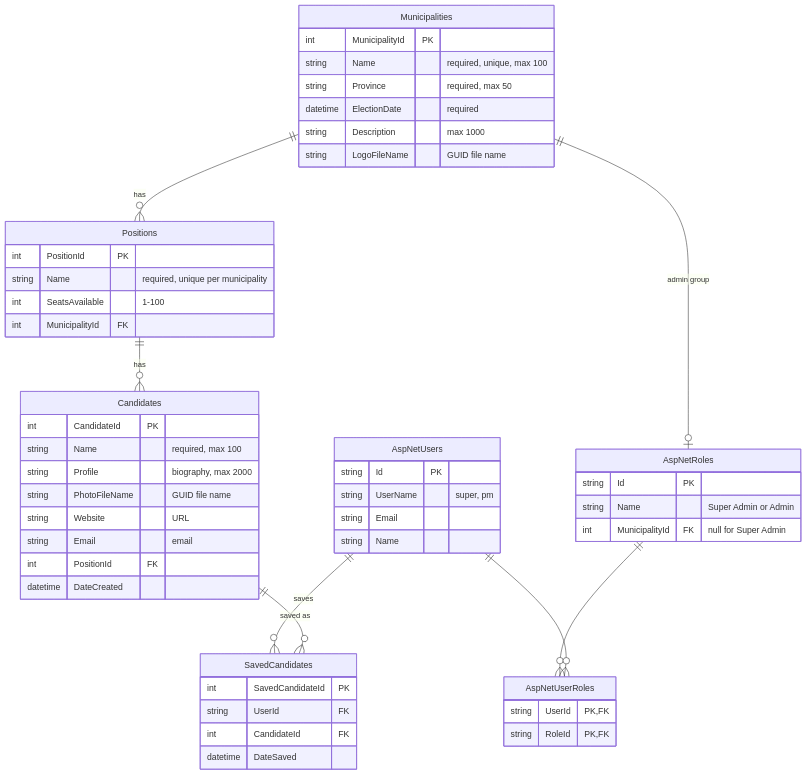
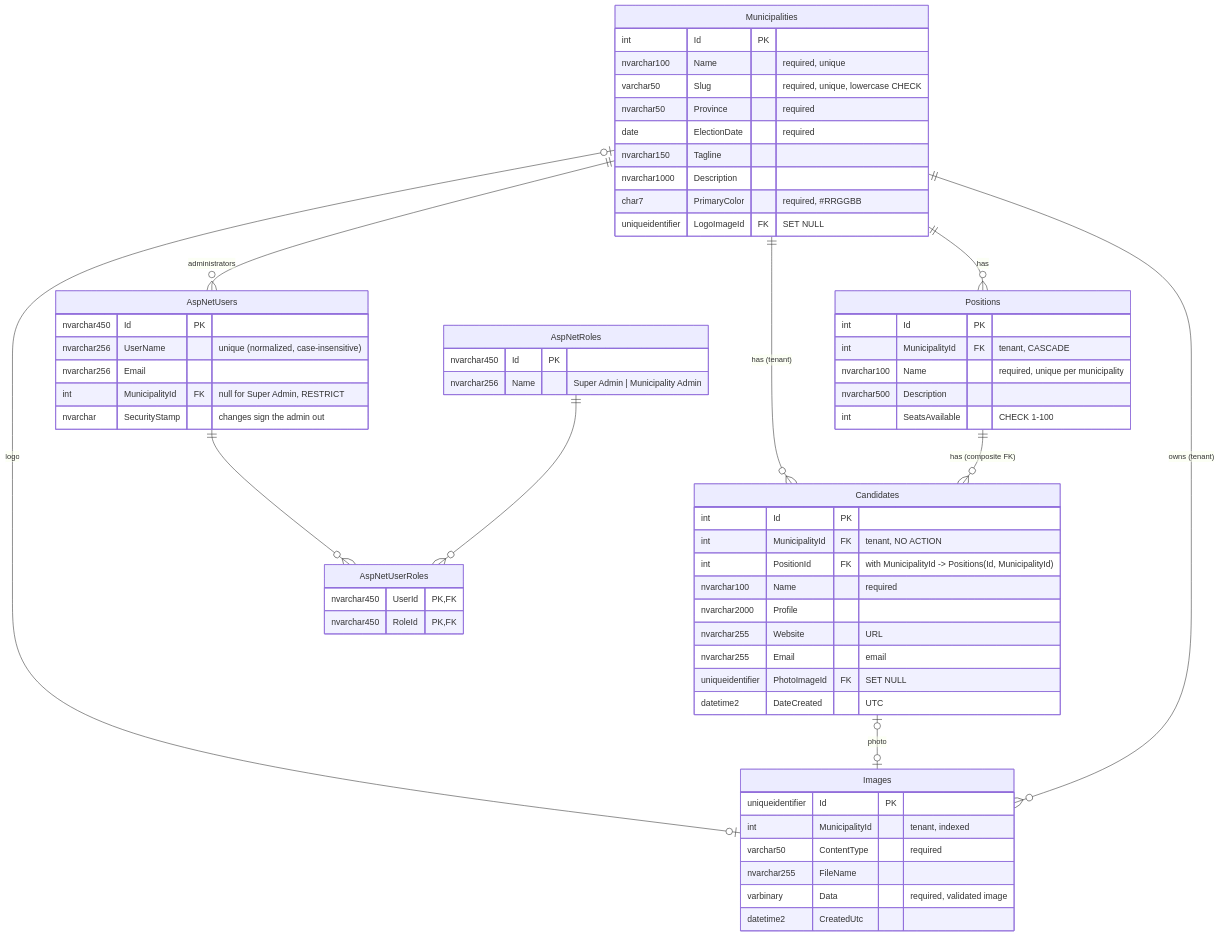
One commit to hyelim2100/comp4976_assignment changed the diagram in docs/erd.md. Above: the diagram before and after it, drawn with Mermaid. The commit also changed other lines of this file and 221 other files, not shown here.

````diff
--- a/docs/erd.md
+++ b/docs/erd.md
@@ -6,56 +6,65 @@
 ```mermaid
 erDiagram
     Municipalities ||--o{ Positions : "has"
-    Positions ||--o{ Candidates : "has"
-    Municipalities ||--o| AspNetRoles : "admin group"
+    Municipalities ||--o{ Candidates : "has (tenant)"
+    Positions ||--o{ Candidates : "has (composite FK)"
+    Municipalities ||--o{ AspNetUsers : "administrators"
+    Municipalities |o--o| Images : "logo"
+    Candidates |o--o| Images : "photo"
+    Municipalities ||--o{ Images : "owns (tenant)"
+    AspNetUsers ||--o{ AspNetUserRoles : ""
     AspNetRoles ||--o{ AspNetUserRoles : ""
-    AspNetUsers ||--o{ AspNetUserRoles : ""
-    AspNetUsers ||--o{ SavedCandidates : "saves"
-    Candidates ||--o{ SavedCandidates : "saved as"
 
     Municipalities {
-        int MunicipalityId PK
-        string Name "required, unique, max 100"
-        string Province "required, max 50"
-        datetime ElectionDate "required"
-        string Description "max 1000"
-        string LogoFileName "GUID file name"
+        int Id PK
+        nvarchar100 Name "required, unique"
+        varchar50 Slug "required, unique, lowercase CHECK"
+        nvarchar50 Province "required"
+        date ElectionDate "required"
+        nvarchar150 Tagline
+        nvarchar1000 Description
+        char7 PrimaryColor "required, #RRGGBB"
+        uniqueidentifier LogoImageId FK "SET NULL"
     }
     Positions {
-        int PositionId PK
-        string Name "required, unique per municipality"
-        int SeatsAvailable "1-100"
-        int MunicipalityId FK
+        int Id PK
+        int MunicipalityId FK "tenant, CASCADE"
+        nvarchar100 Name "required, unique per municipality"
+        nvarchar500 Description
+        int SeatsAvailable "CHECK 1-100"
     }
     Candidates {
-        int CandidateId PK
-        string Name "required, max 100"
-        string Profile "biography, max 2000"
-        string PhotoFileName "GUID file name"
-        string Website "URL"
-        string Email "email"
-        int PositionId FK
-        datetime DateCreated
+        int Id PK
+        int MunicipalityId FK "tenant, NO ACTION"
+        int PositionId FK "with MunicipalityId -> Positions(Id, MunicipalityId)"
+        nvarchar100 Name "required"
+        nvarchar2000 Profile
+        nvarchar255 Website "URL"
+        nvarchar255 Email "email"
+        uniqueidentifier PhotoImageId FK "SET NULL"
+        datetime2 DateCreated "UTC"
+    }
+    Images {
+        uniqueidentifier Id PK
+        int MunicipalityId "tenant, indexed"
+        varchar50 ContentType "required"
+        nvarchar255 FileName
+        varbinary Data "required, validated image"
+        datetime2 CreatedUtc
+    }
+    AspNetUsers {
+        nvarchar450 Id PK
+        nvarchar256 UserName "unique (normalized, case-insensitive)"
+        nvarchar256 Email
+        int MunicipalityId FK "null for Super Admin, RESTRICT"
+        nvarchar SecurityStamp "changes sign the admin out"
     }
     AspNetRoles {
-        string Id PK
-        string Name "Super Admin or <Municipality> Admin"
-        int MunicipalityId FK "null for Super Admin"
-    }
-    AspNetUsers {
-        string Id PK
-        string UserName "super, pm"
-        string Email
-        string Name
+        nvarchar450 Id PK
+        nvarchar256 Name "Super Admin | Municipality Admin"
     }
     AspNetUserRoles {
-        string UserId PK, FK
-        string RoleId PK, FK
-    }
-    SavedCandidates {
-        int SavedCandidateId PK
-        string UserId FK
-        int CandidateId FK
-        datetime DateSaved
+        nvarchar450 UserId PK, FK
+        nvarchar450 RoleId PK, FK
     }
 ```
````
